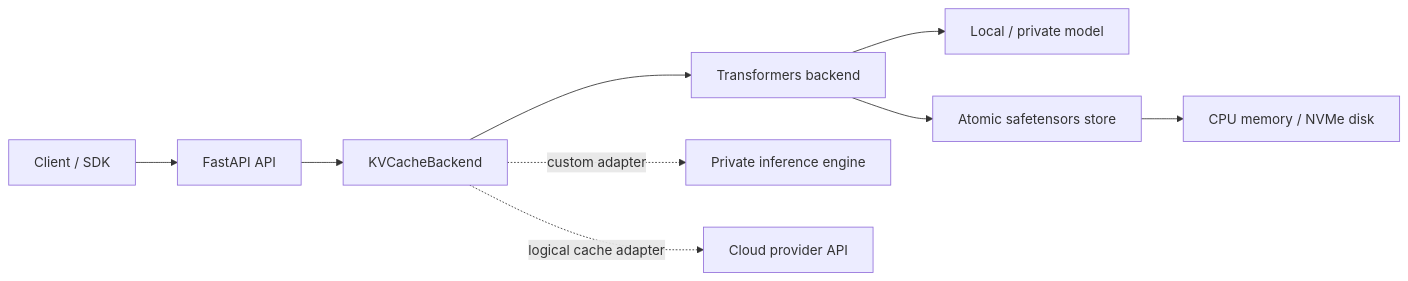
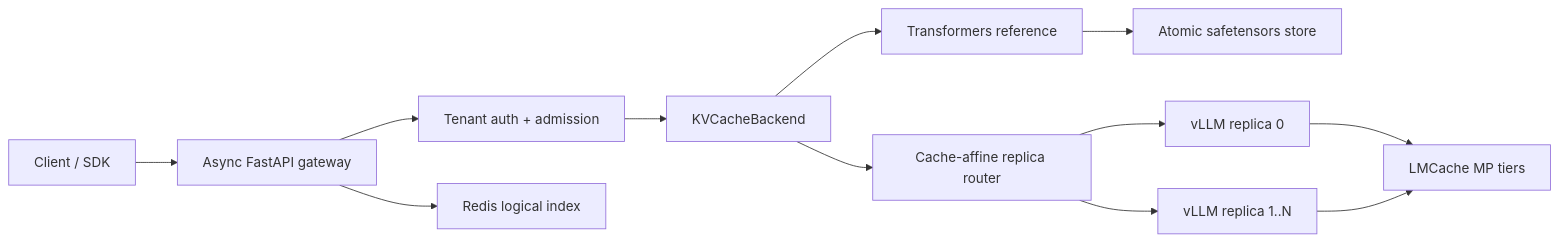
The diagram in README.md (Nanamiqa/kvcache-service), drawn with Mermaid before and after one commit. The commit also changed other lines of this file and 34 other files, not shown here.

Commit message:
feat: add production multi-GPU vLLM gateway

````diff
--- a/README.md
+++ b/README.md
@@ -104,11 +108,14 @@
 ```mermaid
 flowchart LR
-    C["Client / SDK"] --> A["FastAPI API"]
-    A --> B["KVCacheBackend"]
-    B --> T["Transformers backend"]
-    B -. "custom adapter" .-> V["Private inference engine"]
-    B -. "logical cache adapter" .-> P["Cloud provider API"]
-    T --> M["Local / private model"]
+    C["Client / SDK"] --> A["Async FastAPI gateway"]
+    A --> L["Tenant auth + admission"]
+    L --> B["KVCacheBackend"]
+    B --> T["Transformers reference"]
     T --> S["Atomic safetensors store"]
-    S --> D["CPU memory / NVMe disk"]
+    B --> R["Cache-affine replica router"]
+    R --> V0["vLLM replica 0"]
+    R --> V1["vLLM replica 1..N"]
+    A --> D["Redis logical index"]
+    V0 --> M["LMCache MP tiers"]
+    V1 --> M
 ```
````
